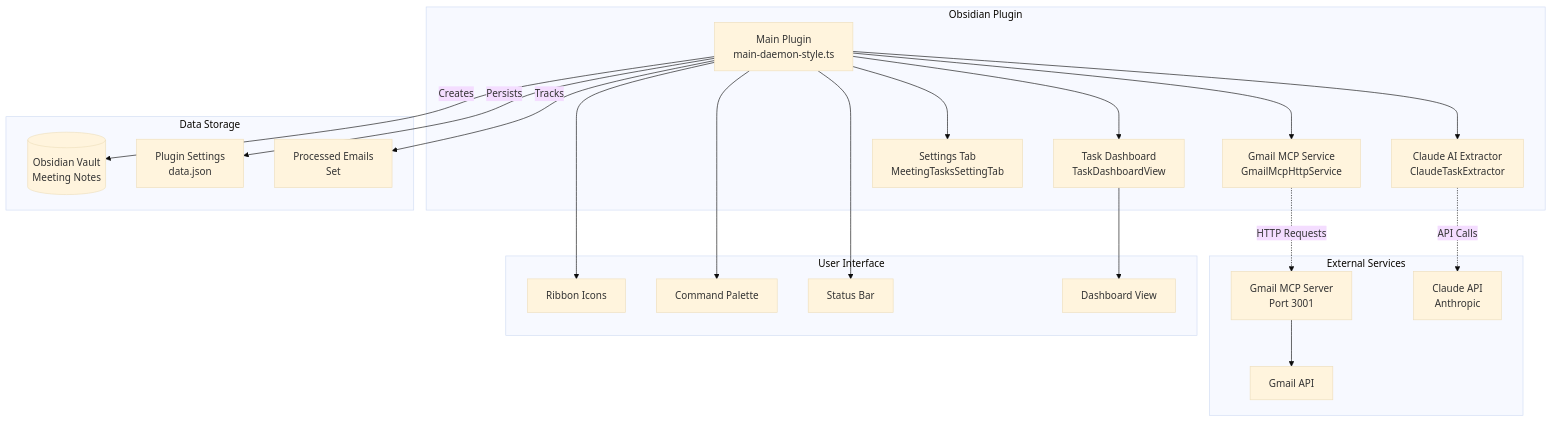
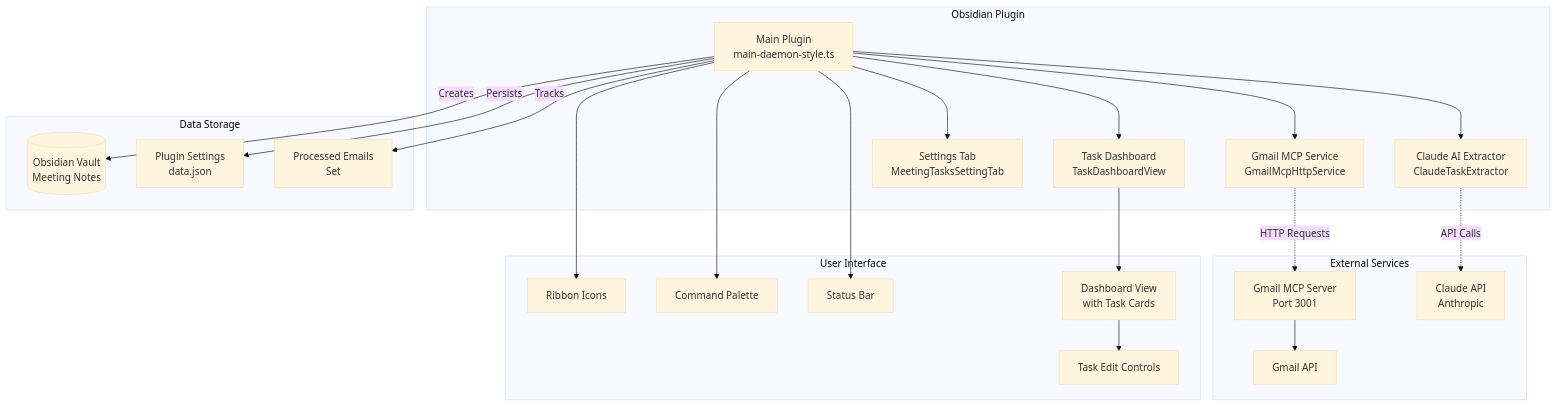
The first of 2 diagrams in obsidian-plugin/docs/system-architecture.md (jimallen/TasksAgent), drawn with Mermaid (base theme) before and after one commit. The commit also changed other lines of this file and 70 other files, not shown here.

First line of the commit message:
fix: improve task dashboard UI and add comprehensive error handling

````diff
--- a/obsidian-plugin/docs/system-architecture.md
+++ b/obsidian-plugin/docs/system-architecture.md
@@ -9,38 +9,40 @@
 ```mermaid
 graph TB
     subgraph "Obsidian Plugin"
         A[Main Plugin<br/>main-daemon-style.ts] --> B[Gmail MCP Service<br/>GmailMcpHttpService]
         A --> C[Claude AI Extractor<br/>ClaudeTaskExtractor]
         A --> D[Task Dashboard<br/>TaskDashboardView]
         A --> E[Settings Tab<br/>MeetingTasksSettingTab]
     end
     
     subgraph "External Services"
         F[Gmail MCP Server<br/>Port 3001] --> G[Gmail API]
         H[Claude API<br/>Anthropic]
     end
     
     subgraph "Data Storage"
         I[(Obsidian Vault<br/>Meeting Notes)]
         J[Plugin Settings<br/>data.json]
         K[Processed Emails<br/>Set]
     end
     
     B -.->|HTTP Requests| F
     C -.->|API Calls| H
     A -->|Creates| I
     A -->|Persists| J
     A -->|Tracks| K
     
     subgraph "User Interface"
         L[Ribbon Icons]
         M[Command Palette]
         N[Status Bar]
-        O[Dashboard View]
+        O[Dashboard View<br/>with Task Cards]
+        P[Task Edit Controls]
     end
     
     A --> L
     A --> M
     A --> N
     D --> O
+    O --> P
 ```
````
